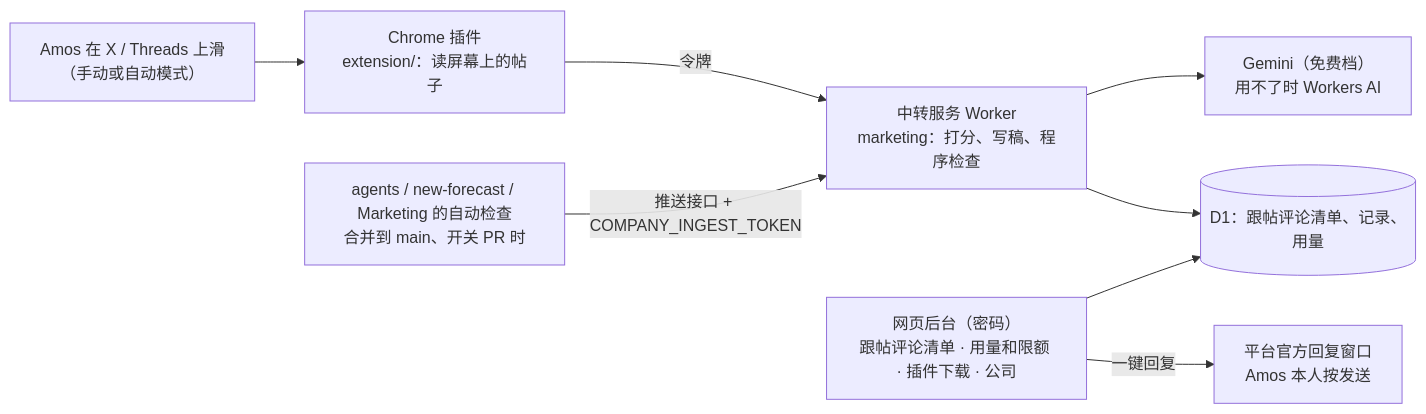
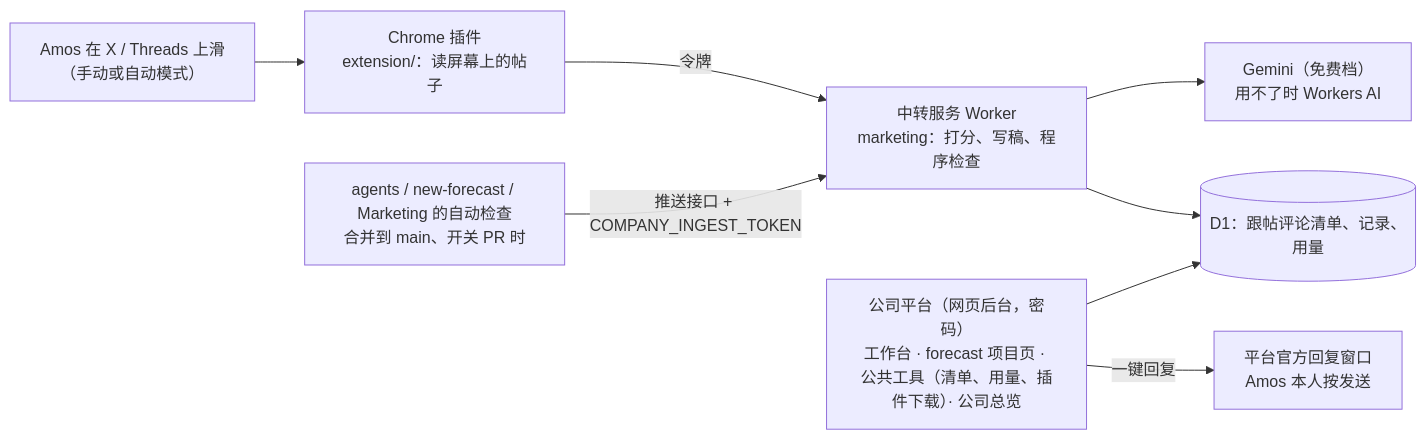
Before and after one commit to dollar3651314/Marketing: the diagram in 项目地图.md, drawn with Mermaid. The commit also changed other lines of this file and 9 other files, not shown here.

First line of the commit message:
公司平台批 1：导航和工作台（PR 1）+ forecast 项目页（PR 2），迁移 0006

````diff
--- a/项目地图.md
+++ b/项目地图.md
@@ -10,10 +10,10 @@
 ```mermaid
 flowchart LR
     A["Amos 在 X / Threads 上滑<br/>（手动或自动模式）"] --> P["Chrome 插件<br/>extension/：读屏幕上的帖子"]
     P -->|"令牌"| R["中转服务 Worker<br/>marketing：打分、写稿、程序检查"]
     R --> G["Gemini（免费档）<br/>用不了时 Workers AI"]
     R --> D[("D1：跟帖评论清单、记录、用量")]
-    B["网页后台（密码）<br/>跟帖评论清单 · 用量和限额 · 插件下载 · 公司"] --> D
+    B["公司平台（网页后台，密码）<br/>工作台 · forecast 项目页 · 公共工具（清单、用量、插件下载）· 公司总览"] --> D
     B -->|"一键回复"| O["平台官方回复窗口<br/>Amos 本人按发送"]
     C["agents / new-forecast / Marketing 的自动检查<br/>合并到 main、开关 PR 时"] -->|"推送接口 + COMPANY_INGEST_TOKEN"| R
 ```
````
